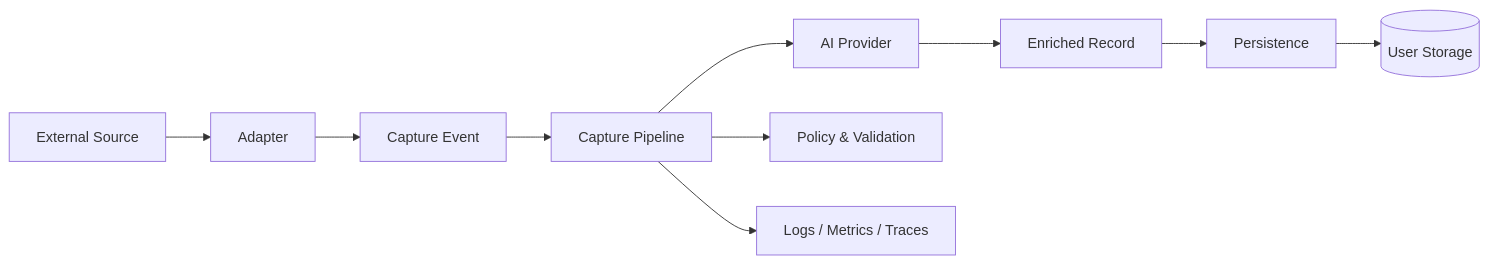
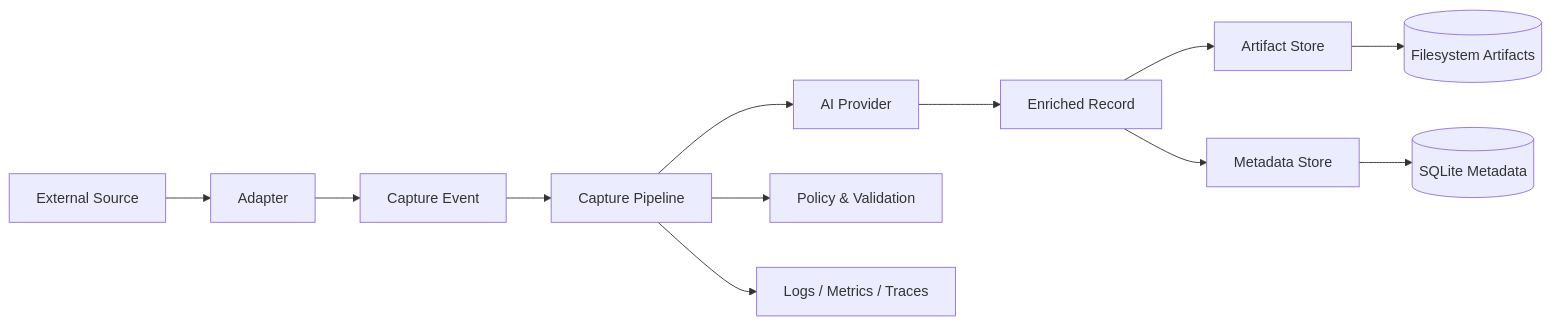
The diagram in README.md (LoveOrange/shiyi), drawn with Mermaid before and after one commit. The commit also changed other lines of this file and 12 other files, not shown here.

````diff
--- a/README.md
+++ b/README.md
@@ -23,12 +23,14 @@
 ```mermaid
 flowchart LR
   Source[External Source] --> Adapter[Adapter]
   Adapter --> CaptureEvent[Capture Event]
   CaptureEvent --> Pipeline[Capture Pipeline]
   Pipeline --> AI[AI Provider]
   AI --> Enriched[Enriched Record]
   Pipeline --> Policy[Policy & Validation]
-  Enriched --> Persistence[Persistence]
-  Persistence --> Store[(User Storage)]
+  Enriched --> ArtifactStore[Artifact Store]
+  Enriched --> MetadataStore[Metadata Store]
+  ArtifactStore --> FS[(Filesystem Artifacts)]
+  MetadataStore --> SQLite[(SQLite Metadata)]
   Pipeline --> Telemetry[Logs / Metrics / Traces]
 ```
````
